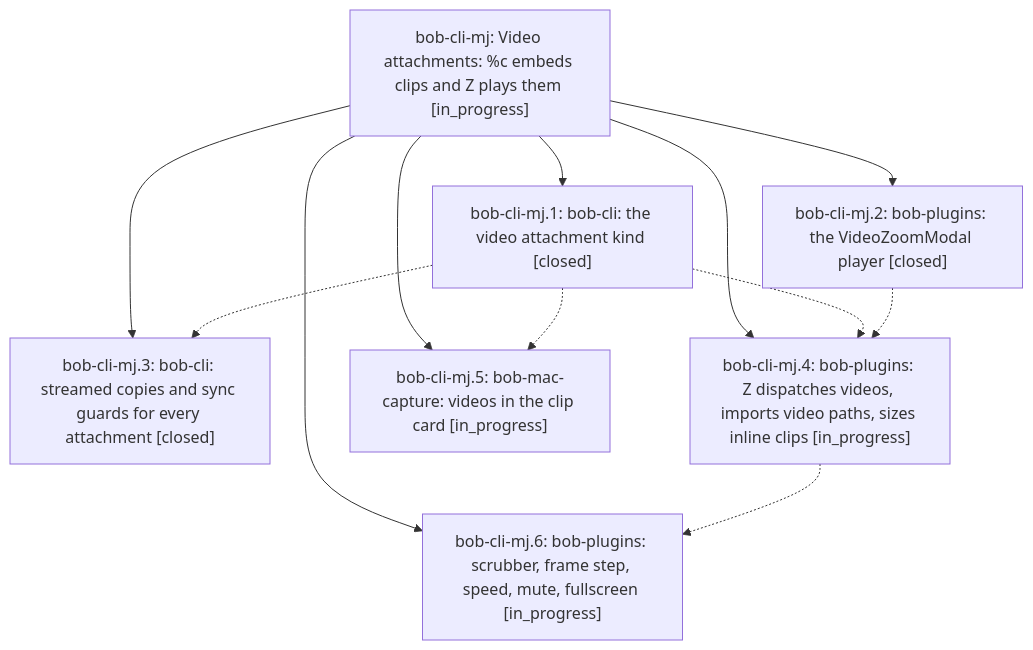
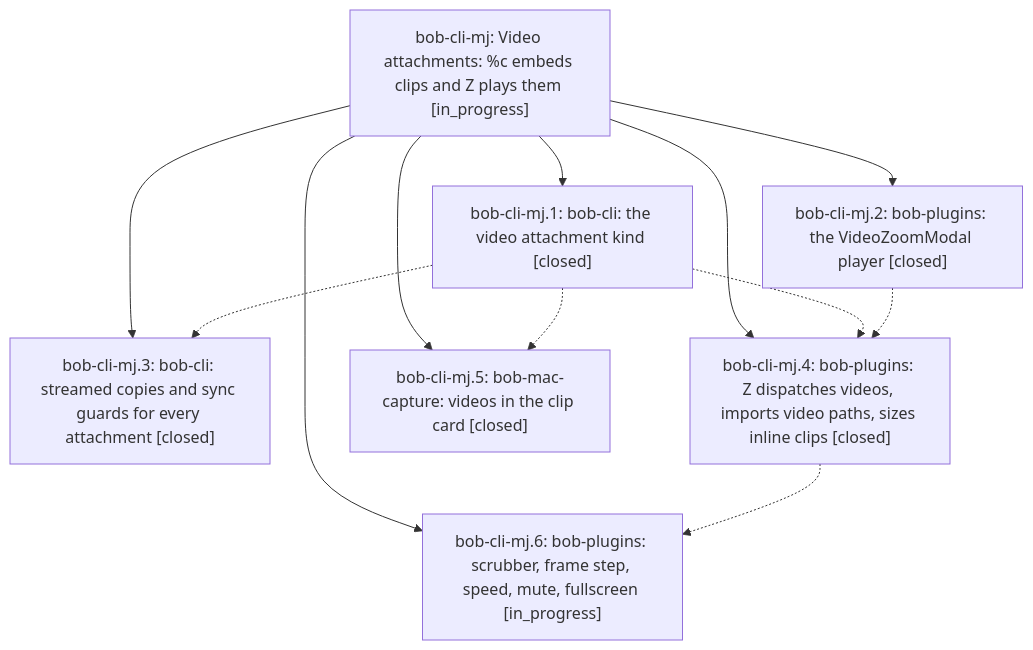
Before and after one commit to bobs-org/bob-cli--beads: the diagram in pages/bob-cli-mj/README.md, drawn with Mermaid. The commit also changed other lines of this file and 6 other files, not shown here.

First line of the commit message:
chore(beads): sync bead state and pages for bob-cli-mj

````diff
--- a/pages/bob-cli-mj/README.md
+++ b/pages/bob-cli-mj/README.md
@@ -41,21 +41,21 @@
 ```mermaid
 flowchart TD
     n0["bob-cli-mj: Video attachments: %c embeds clips and Z plays them [in_progress]"]
     n1["bob-cli-mj.1: bob-cli: the video attachment kind [closed]"]
     n2["bob-cli-mj.2: bob-plugins: the VideoZoomModal player [closed]"]
     n3["bob-cli-mj.3: bob-cli: streamed copies and sync guards for every attachment [closed]"]
-    n4["bob-cli-mj.4: bob-plugins: Z dispatches videos, imports video paths, sizes inline clips [in_progress]"]
-    n5["bob-cli-mj.5: bob-mac-capture: videos in the clip card [in_progress]"]
+    n4["bob-cli-mj.4: bob-plugins: Z dispatches videos, imports video paths, sizes inline clips [closed]"]
+    n5["bob-cli-mj.5: bob-mac-capture: videos in the clip card [closed]"]
     n6["bob-cli-mj.6: bob-plugins: scrubber, frame step, speed, mute, fullscreen [in_progress]"]
     n0 --> n1
     n0 --> n2
     n0 --> n3
     n0 --> n4
     n0 --> n5
     n0 --> n6
     n1 -.-> n3
     n1 -.-> n4
     n1 -.-> n5
     n2 -.-> n4
     n4 -.-> n6
 ```
````
